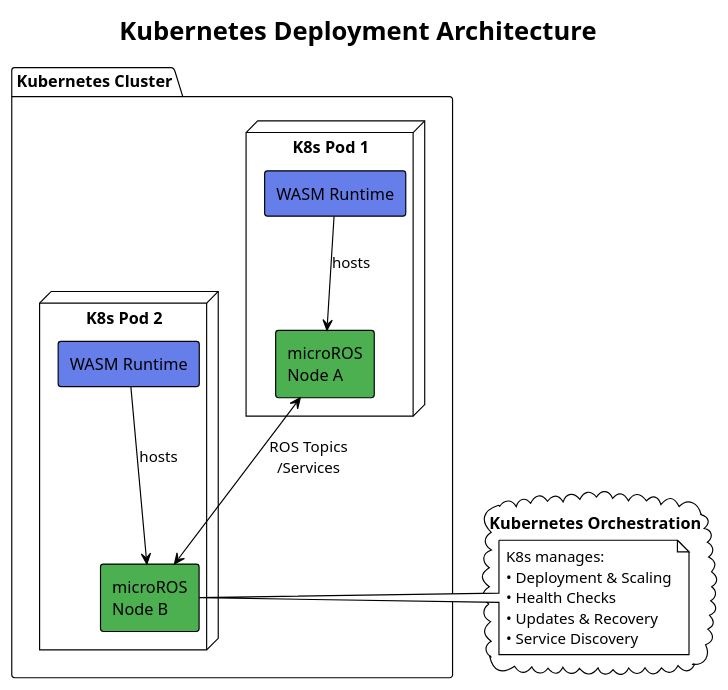
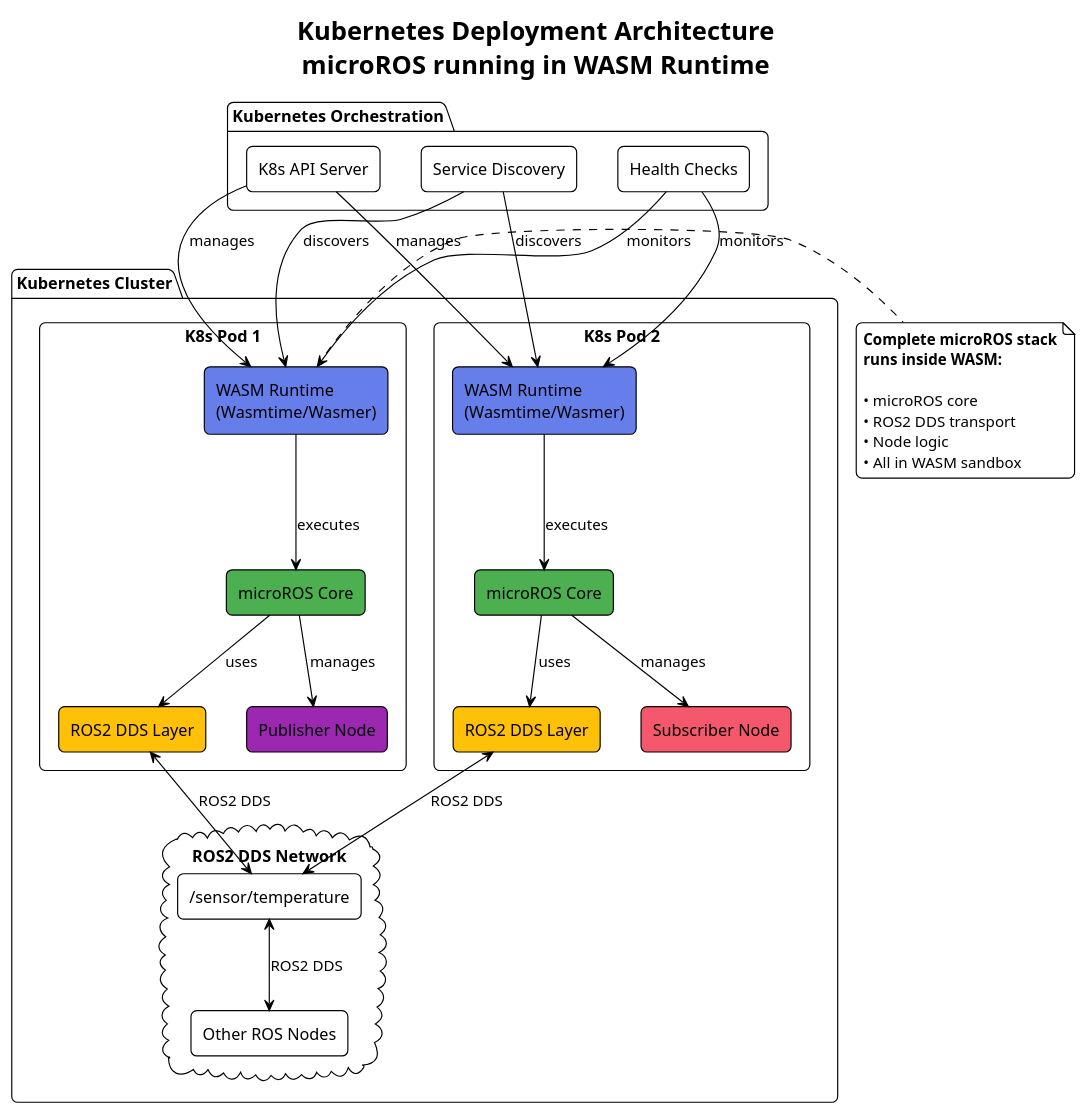
Before and after one commit to lucadagati/ros_wasm_example: the diagram in diagrams/k8s_deployment.puml, drawn with PlantUML. The commit also changed 9 other files, not shown here.

First line of the commit message:
Fix UML diagrams: microROS runs INSIDE WASM runtime

```diff
--- a/diagrams/k8s_deployment.puml
+++ b/diagrams/k8s_deployment.puml
@@ -1,34 +1,65 @@
 @startuml K8s Deployment
 !theme plain
 skinparam backgroundColor #FFFFFF
 skinparam componentStyle rectangle
+skinparam roundcorner 10
 
-title Kubernetes Deployment Architecture
+title Kubernetes Deployment Architecture\nmicroROS running in WASM Runtime
 
 package "Kubernetes Cluster" {
-    node "K8s Pod 1" {
-        component [WASM Runtime] as WASM1 #667eea
-        component [microROS\nNode A] as NODE1 #4CAF50
-        WASM1 --> NODE1 : hosts
+    rectangle "K8s Pod 1" {
+        component [WASM Runtime\n(Wasmtime/Wasmer)] as RT1 #667eea
+        component [microROS Core] as CORE1 #4CAF50
+        component [ROS2 DDS Layer] as DDS1 #FFC107
+        component [Publisher Node] as NODE1 #9C27B0
+        
+        RT1 --> CORE1 : executes
+        CORE1 --> DDS1 : uses
+        CORE1 --> NODE1 : manages
     }
     
-    node "K8s Pod 2" {
-        component [WASM Runtime] as WASM2 #667eea
-        component [microROS\nNode B] as NODE2 #4CAF50
-        WASM2 --> NODE2 : hosts
+    rectangle "K8s Pod 2" {
+        component [WASM Runtime\n(Wasmtime/Wasmer)] as RT2 #667eea
+        component [microROS Core] as CORE2 #4CAF50
+        component [ROS2 DDS Layer] as DDS2 #FFC107
+        component [Subscriber Node] as NODE2 #f5576c
+        
+        RT2 --> CORE2 : executes
+        CORE2 --> DDS2 : uses
+        CORE2 --> NODE2 : manages
     }
     
-    NODE1 <--> NODE2 : ROS Topics\n/Services
+    cloud "ROS2 DDS Network" {
+        component [/sensor/temperature] as TOPIC
+        component [Other ROS Nodes] as OTHER
+    }
+    
+    DDS1 <--> TOPIC : ROS2 DDS
+    DDS2 <--> TOPIC : ROS2 DDS
+    TOPIC <--> OTHER : ROS2 DDS
 }
 
-cloud "Kubernetes Orchestration" {
-    note right
-        K8s manages:
-        • Deployment & Scaling
-        • Health Checks
-        • Updates & Recovery
-        • Service Discovery
-    end note
+package "Kubernetes Orchestration" {
+    component [K8s API Server] as K8S
+    component [Service Discovery] as SVC
+    component [Health Checks] as HEALTH
+    
+    K8S --> RT1 : manages
+    K8S --> RT2 : manages
+    SVC --> RT1 : discovers
+    SVC --> RT2 : discovers
+    HEALTH --> RT1 : monitors
+    HEALTH --> RT2 : monitors
 }
 
+note right of RT1
+  **Complete microROS stack**
+  **runs inside WASM:**
+  
+  • microROS core
+  • ROS2 DDS transport
+  • Node logic
+  • All in WASM sandbox
+end note
+
 @enduml
```
